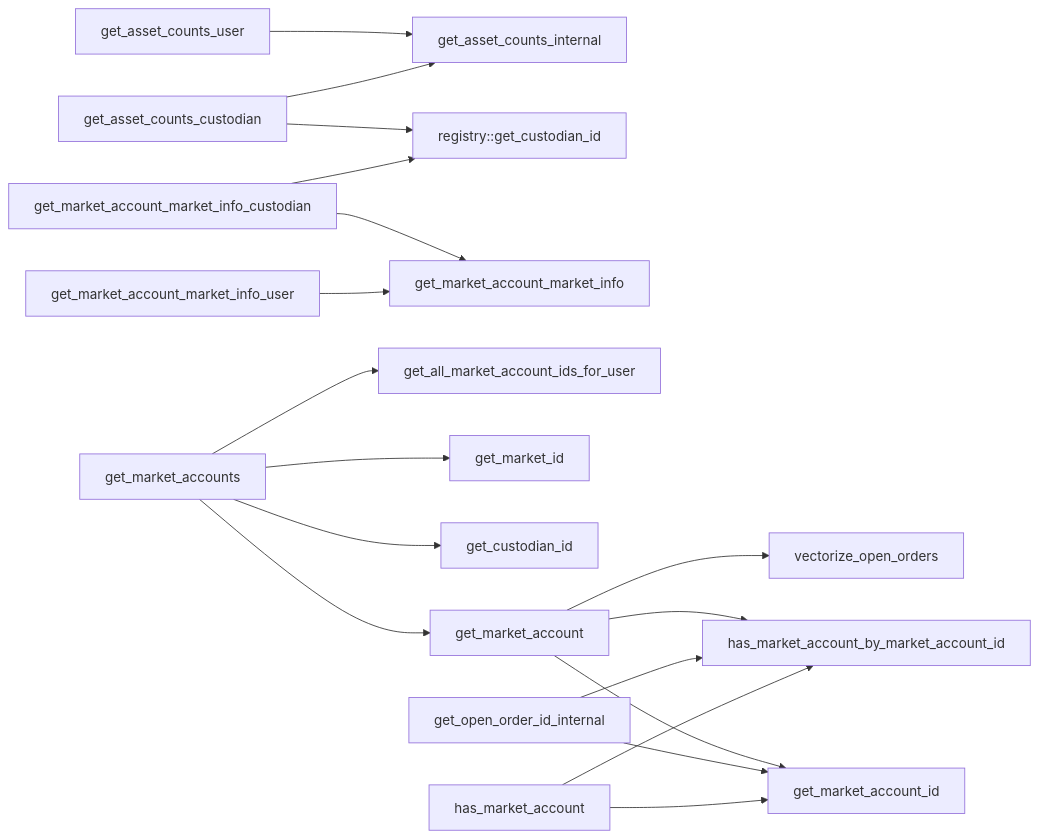
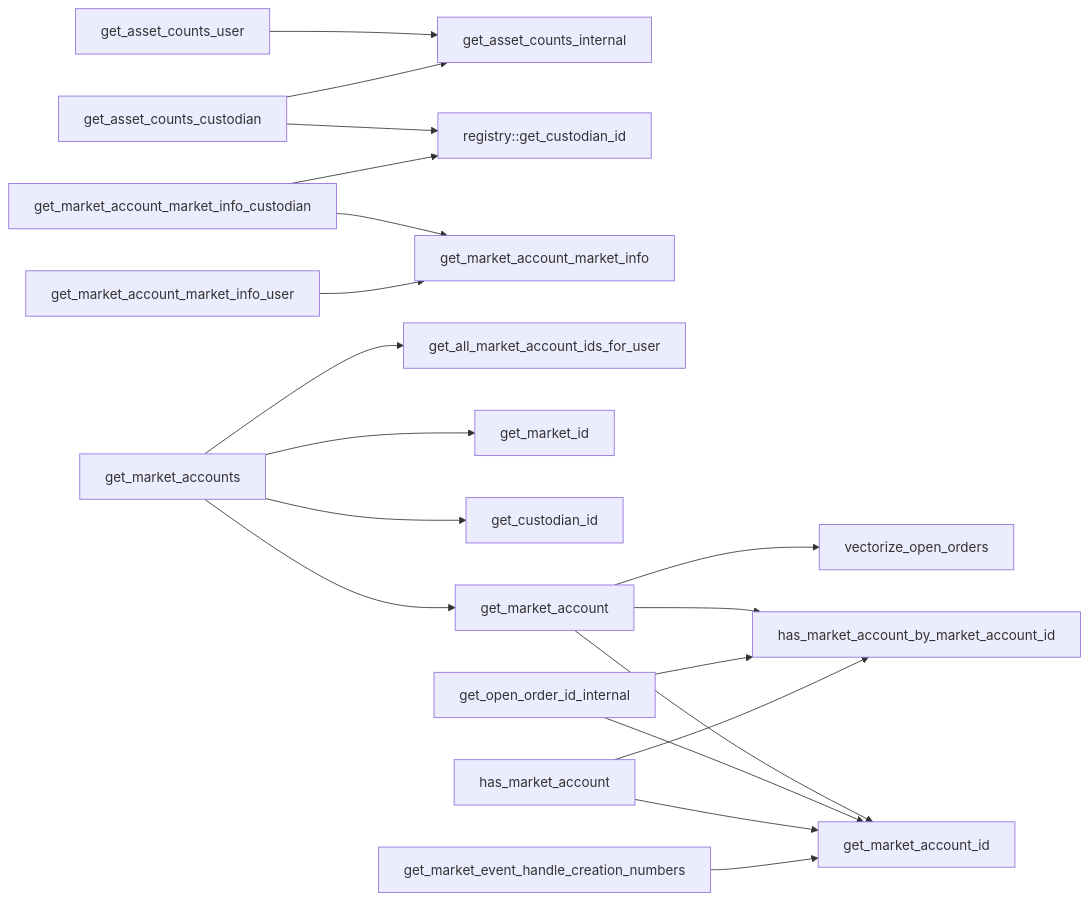
Before and after one commit to econia-labs/econia: the third of 5 diagrams in src/move/econia/doc/user.md, drawn with Mermaid. The commit also changed other lines of this file and 5 other files, not shown here.

````diff
--- a/src/move/econia/doc/user.md
+++ b/src/move/econia/doc/user.md
@@ -268,33 +286,36 @@
 ```mermaid
 
 flowchart LR
 
 get_asset_counts_user --> get_asset_counts_internal
 
 get_asset_counts_custodian --> get_asset_counts_internal
 get_asset_counts_custodian --> registry::get_custodian_id
 
 get_market_account_market_info_custodian -->
 get_market_account_market_info
 get_market_account_market_info_custodian -->
 registry::get_custodian_id
 
 get_market_account_market_info_user -->
 get_market_account_market_info
 
 get_market_accounts --> get_all_market_account_ids_for_user
 get_market_accounts --> get_market_id
 get_market_accounts --> get_custodian_id
 get_market_accounts --> get_market_account
 
 get_market_account --> get_market_account_id
 get_market_account --> has_market_account_by_market_account_id
 get_market_account --> vectorize_open_orders
 
 get_open_order_id_internal --> get_market_account_id
-get_open_order_id_internal --> has_market_account_by_market_account_id
+get_open_order_id_internal -->
+has_market_account_by_market_account_id
 
 has_market_account --> has_market_account_by_market_account_id
 has_market_account --> get_market_account_id
 
+get_market_event_handle_creation_numbers --> get_market_account_id
+
 ```
````
